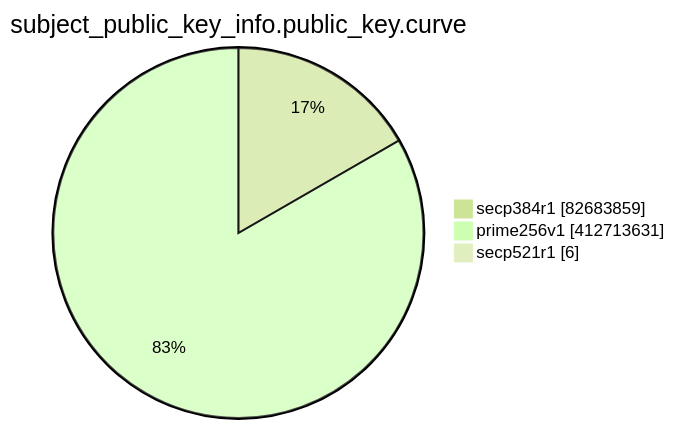
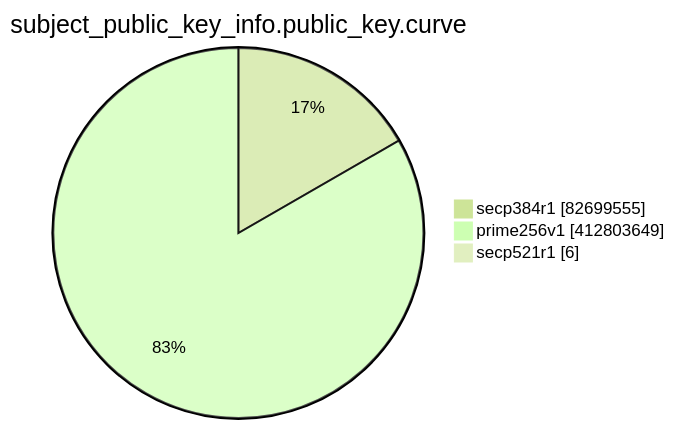
The eighth of 15 diagrams in TOTAL/README.md (christiankrug/ctmonitor_visualization), drawn with Mermaid (forest theme) before and after one commit. The commit also changed other lines of this file, not shown here.

````diff
--- a/TOTAL/README.md
+++ b/TOTAL/README.md
@@ -3098,7 +3098,7 @@
 ```mermaid
 pie showData
 title subject_public_key_info.public_key.curve
-"secp384r1" :82683859
-"prime256v1" :412713631
+"secp384r1" :82699555
+"prime256v1" :412803649
 "secp521r1" :6
 ```
````
